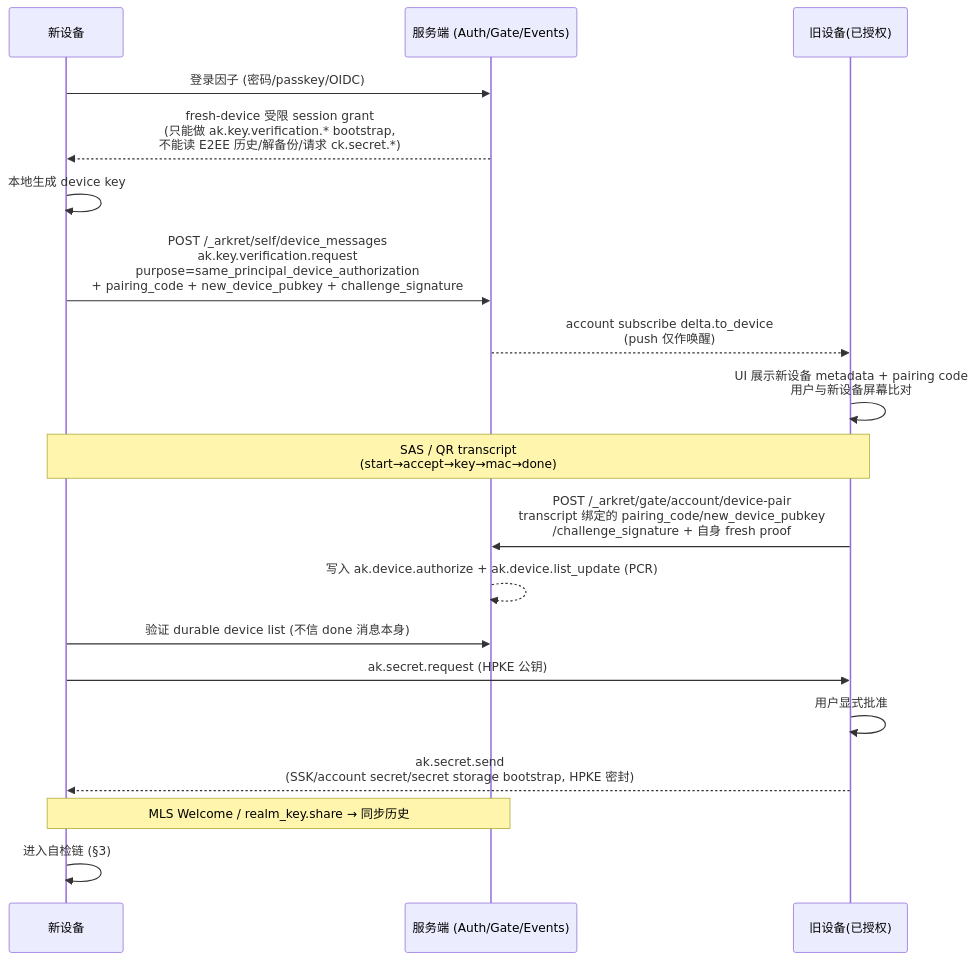
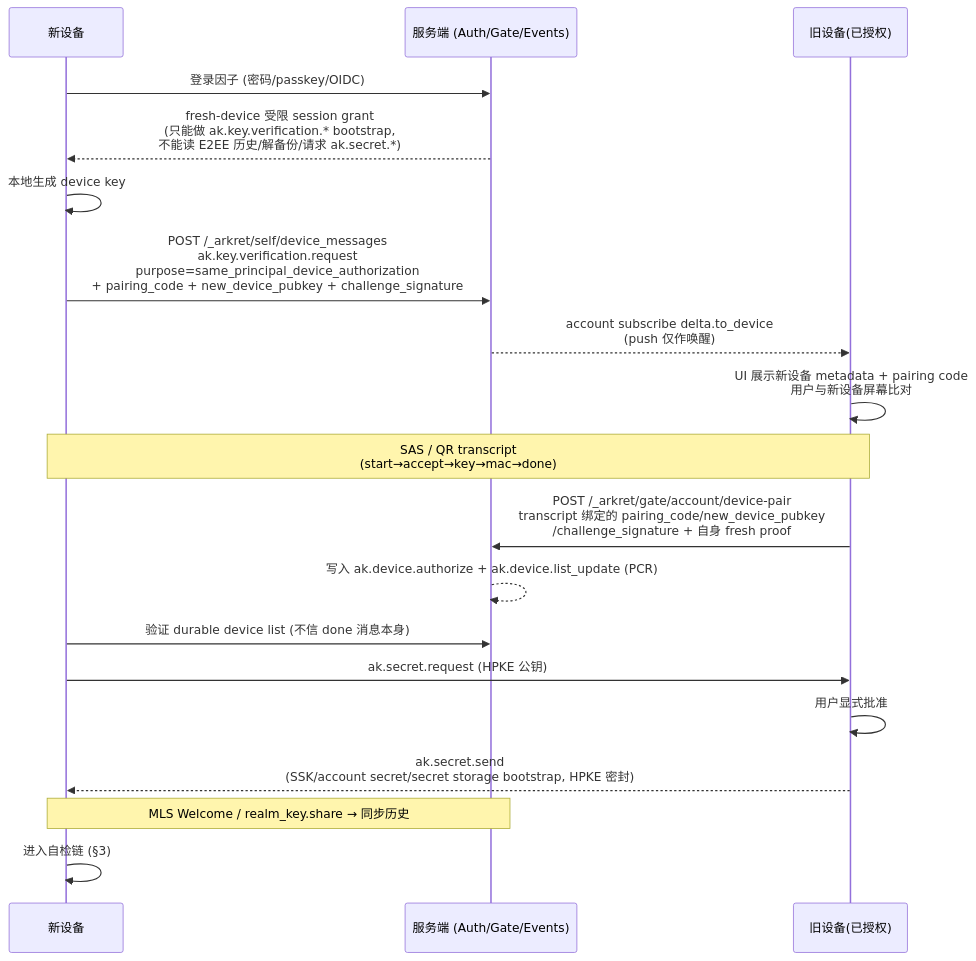
Before and after one commit to arkret-org/inkson: the third of 5 diagrams in docs/user-strands-key-lifecycle.md, drawn with Mermaid. The commit also changed other lines of this file and 187 other files, not shown here.

````diff
--- a/docs/user-strands-key-lifecycle.md
+++ b/docs/user-strands-key-lifecycle.md
@@ -126,22 +126,22 @@
 ```mermaid
 sequenceDiagram
     participant N as 新设备
     participant S as 服务端 (Auth/Gate/Events)
     participant O as 旧设备(已授权)
 
     N->>S: 登录因子 (密码/passkey/OIDC)
-    S-->>N: fresh-device 受限 session grant<br/>(只能做 ak.key.verification.* bootstrap,<br/>不能读 E2EE 历史/解备份/请求 ck.secret.*)
+    S-->>N: fresh-device 受限 session grant<br/>(只能做 ak.key.verification.* bootstrap,<br/>不能读 E2EE 历史/解备份/请求 ak.secret.*)
     N->>N: 本地生成 device key
     N->>S: POST /_arkret/self/device_messages<br/>ak.key.verification.request<br/>purpose=same_principal_device_authorization<br/>+ pairing_code + new_device_pubkey + challenge_signature
     S-->>O: account subscribe delta.to_device<br/>(push 仅作唤醒)
     O->>O: UI 展示新设备 metadata + pairing code<br/>用户与新设备屏幕比对
     Note over N,O: SAS / QR transcript<br/>(start→accept→key→mac→done)
     O->>S: POST /_arkret/gate/account/device-pair<br/>transcript 绑定的 pairing_code/new_device_pubkey<br/>/challenge_signature + 自身 fresh proof
     S-->>S: 写入 ak.device.authorize + ak.device.list_update (PCR)
     N->>S: 验证 durable device list (不信 done 消息本身)
     N->>O: ak.secret.request (HPKE 公钥)
     O->>O: 用户显式批准
     O-->>N: ak.secret.send<br/>(SSK/account secret/secret storage bootstrap, HPKE 密封)
     Note over N,S: MLS Welcome / realm_key.share → 同步历史
     N->>N: 进入自检链 (§3)
 ```
````
